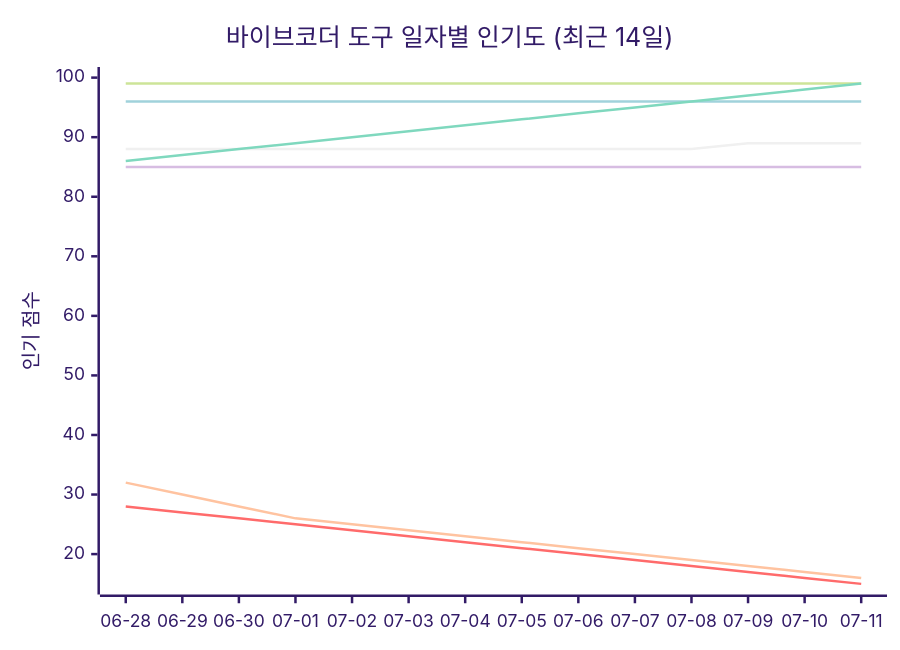
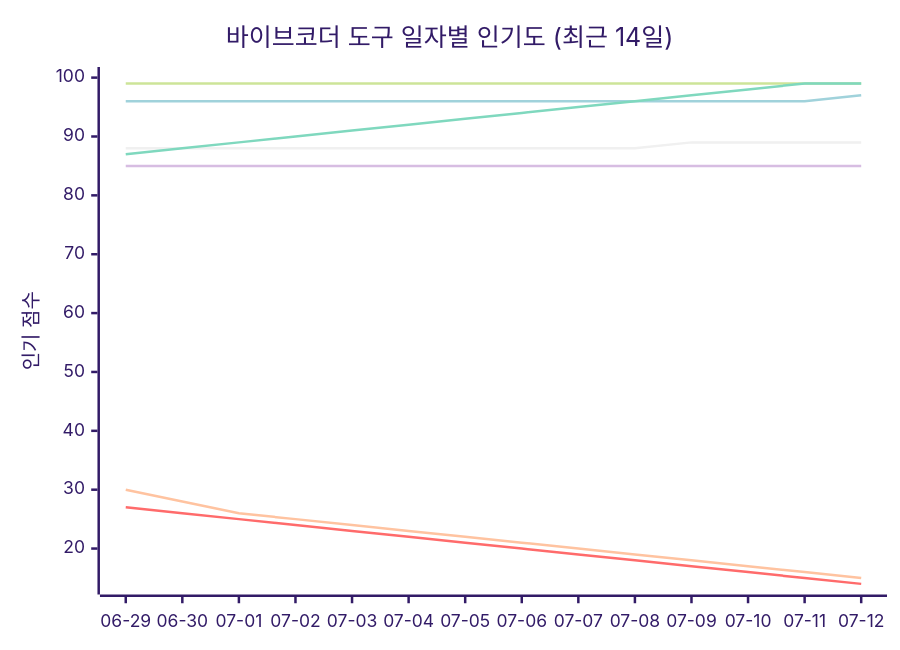
Before and after one commit to tykimos/ai-whatchelin: the seventh of 11 diagrams in README_ko.md, drawn with Mermaid (forest theme). The commit also changed other lines of this file and 4 other files, not shown here.

````diff
--- a/README_ko.md
+++ b/README_ko.md
@@ -1928,13 +1938,13 @@
 ```mermaid
 xychart-beta
     title "바이브코더 도구 일자별 인기도 (최근 14일)"
-    x-axis ["06-28", "06-29", "06-30", "07-01", "07-02", "07-03", "07-04", "07-05", "07-06", "07-07", "07-08", "07-09", "07-10", "07-11"]
-    y-axis "인기 점수" 15 --> 100
+    x-axis ["06-29", "06-30", "07-01", "07-02", "07-03", "07-04", "07-05", "07-06", "07-07", "07-08", "07-09", "07-10", "07-11", "07-12"]
+    y-axis "인기 점수" 14 --> 100
     line "Claude Code" [99, 99, 99, 99, 99, 99, 99, 99, 99, 99, 99, 99, 99, 99]
-    line "GH Copilot" [28, 27, 26, 25, 24, 23, 22, 21, 20, 19, 18, 17, 16, 15]
-    line "Cursor" [96, 96, 96, 96, 96, 96, 96, 96, 96, 96, 96, 96, 96, 96]
+    line "GH Copilot" [27, 26, 25, 24, 23, 22, 21, 20, 19, 18, 17, 16, 15, 14]
+    line "Cursor" [96, 96, 96, 96, 96, 96, 96, 96, 96, 96, 96, 96, 96, 97]
     line "Windsurf" [85, 85, 85, 85, 85, 85, 85, 85, 85, 85, 85, 85, 85, 85]
-    line "Codex CLI" [88, 88, 88, 88, 88, 88, 88, 88, 88, 88, 88, 89, 89, 89]
-    line "Gemini CLI" [32, 30, 28, 26, 25, 24, 23, 22, 21, 20, 19, 18, 17, 16]
-    line "Antigravity" [86, 87, 88, 89, 90, 91, 92, 93, 94, 95, 96, 97, 98, 99]
+    line "Codex CLI" [88, 88, 88, 88, 88, 88, 88, 88, 88, 88, 89, 89, 89, 89]
+    line "Gemini CLI" [30, 28, 26, 25, 24, 23, 22, 21, 20, 19, 18, 17, 16, 15]
+    line "Antigravity" [87, 88, 89, 90, 91, 92, 93, 94, 95, 96, 97, 98, 99, 99]
 ```
````
